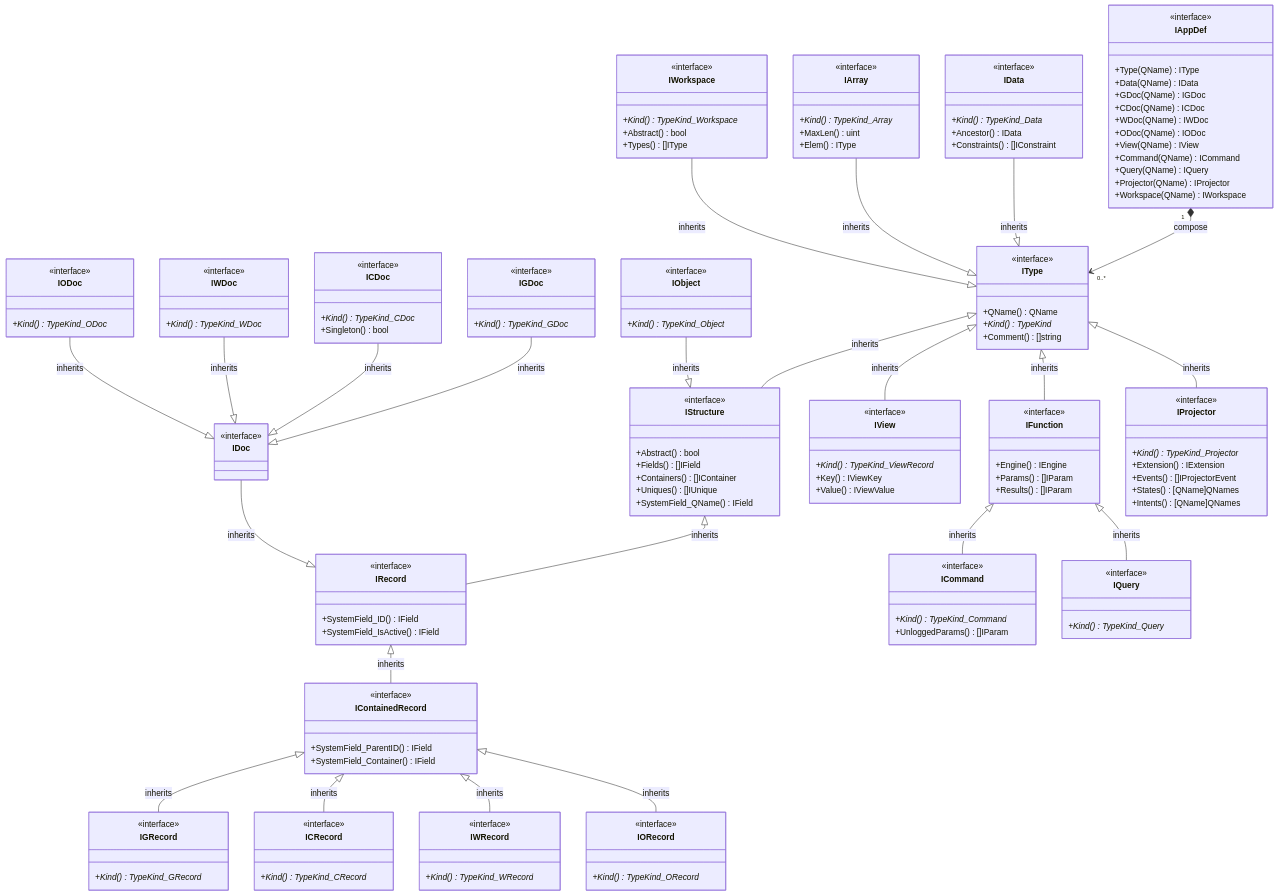
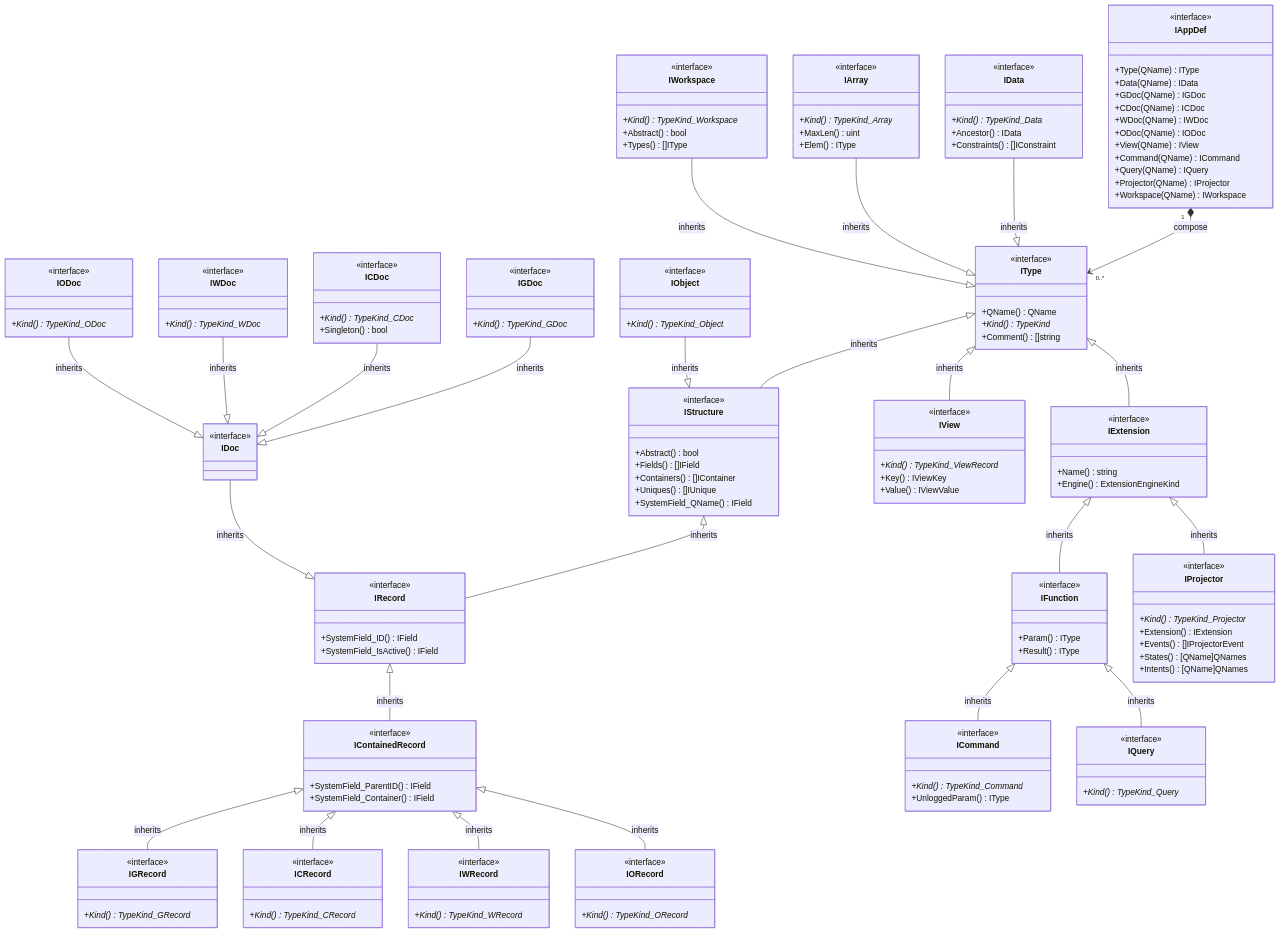
Before and after one commit to voedger/voedger: the first of 7 diagrams in pkg/appdef/README.md, drawn with Mermaid. The commit also changed other lines of this file and 38 other files, not shown here.

First line of the commit message:
#957 🧩 appdef: funcs and projectors inherits from extension (#997)

```diff
--- a/pkg/appdef/README.md
+++ b/pkg/appdef/README.md
@@ -139,19 +139,25 @@
         +Value() IViewValue
     }
             
-    IType <|-- IFunction : inherits
+    IType <|-- IExtension : inherits
+    class IExtension {
+        <<interface>>
+        +Name() string
+        +Engine() ExtensionEngineKind
+    }
+
+    IExtension <|-- IFunction : inherits
     class IFunction {
         <<interface>>
-        +Engine() IEngine
-        +Params() []IParam
-        +Results() []IParam
+        +Param() IType
+        +Result() IType
     }
 
     IFunction <|-- ICommand : inherits
     class ICommand {
         <<interface>>
         +Kind()* TypeKind_Command
-        +UnloggedParams() []IParam
+        +UnloggedParam() IType
     }
 
     IFunction <|-- IQuery : inherits
@@ -160,7 +166,7 @@
         +Kind()* TypeKind_Query
     }
 
-    IType <|-- IProjector : inherits
+    IExtension <|-- IProjector : inherits
     class IProjector {
         <<interface>>
         +Kind()* TypeKind_Projector
@@ -170,7 +176,6 @@
         +Intents() [QName]QNames
     }
 
-
     IWorkspace --|> IType : inherits
     class IWorkspace {
         <<interface>>
```
